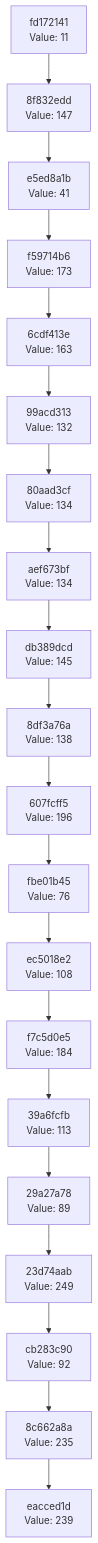
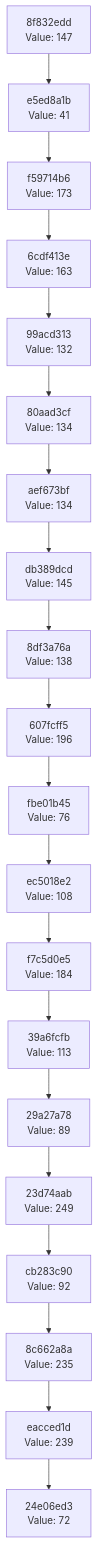
Before and after one commit to Abhisheksinha1506/hash-chain-evolver: the diagram in docs/CHAIN_VISUALIZATION.md, drawn with Mermaid. The commit also changed 3 other files, not shown here.

````diff
--- a/docs/CHAIN_VISUALIZATION.md
+++ b/docs/CHAIN_VISUALIZATION.md
@@ -3,42 +3,42 @@
 ```mermaid
 graph TD
-    C0["eacced1d<br/>Value: 239"]
-    C1["8c662a8a<br/>Value: 235"]
+    C0["24e06ed3<br/>Value: 72"]
+    C1["eacced1d<br/>Value: 239"]
     C1 --> C0
-    C2["cb283c90<br/>Value: 92"]
+    C2["8c662a8a<br/>Value: 235"]
     C2 --> C1
-    C3["23d74aab<br/>Value: 249"]
+    C3["cb283c90<br/>Value: 92"]
     C3 --> C2
-    C4["29a27a78<br/>Value: 89"]
+    C4["23d74aab<br/>Value: 249"]
     C4 --> C3
-    C5["39a6fcfb<br/>Value: 113"]
+    C5["29a27a78<br/>Value: 89"]
     C5 --> C4
-    C6["f7c5d0e5<br/>Value: 184"]
+    C6["39a6fcfb<br/>Value: 113"]
     C6 --> C5
-    C7["ec5018e2<br/>Value: 108"]
+    C7["f7c5d0e5<br/>Value: 184"]
     C7 --> C6
-    C8["fbe01b45<br/>Value: 76"]
+    C8["ec5018e2<br/>Value: 108"]
     C8 --> C7
-    C9["607fcff5<br/>Value: 196"]
+    C9["fbe01b45<br/>Value: 76"]
     C9 --> C8
-    C10["8df3a76a<br/>Value: 138"]
+    C10["607fcff5<br/>Value: 196"]
     C10 --> C9
-    C11["db389dcd<br/>Value: 145"]
+    C11["8df3a76a<br/>Value: 138"]
     C11 --> C10
-    C12["aef673bf<br/>Value: 134"]
+    C12["db389dcd<br/>Value: 145"]
     C12 --> C11
-    C13["80aad3cf<br/>Value: 134"]
+    C13["aef673bf<br/>Value: 134"]
     C13 --> C12
-    C14["99acd313<br/>Value: 132"]
+    C14["80aad3cf<br/>Value: 134"]
     C14 --> C13
-    C15["6cdf413e<br/>Value: 163"]
+    C15["99acd313<br/>Value: 132"]
     C15 --> C14
-    C16["f59714b6<br/>Value: 173"]
+    C16["6cdf413e<br/>Value: 163"]
     C16 --> C15
-    C17["e5ed8a1b<br/>Value: 41"]
+    C17["f59714b6<br/>Value: 173"]
     C17 --> C16
-    C18["8f832edd<br/>Value: 147"]
+    C18["e5ed8a1b<br/>Value: 41"]
     C18 --> C17
-    C19["fd172141<br/>Value: 11"]
+    C19["8f832edd<br/>Value: 147"]
     C19 --> C18
 ```
````
